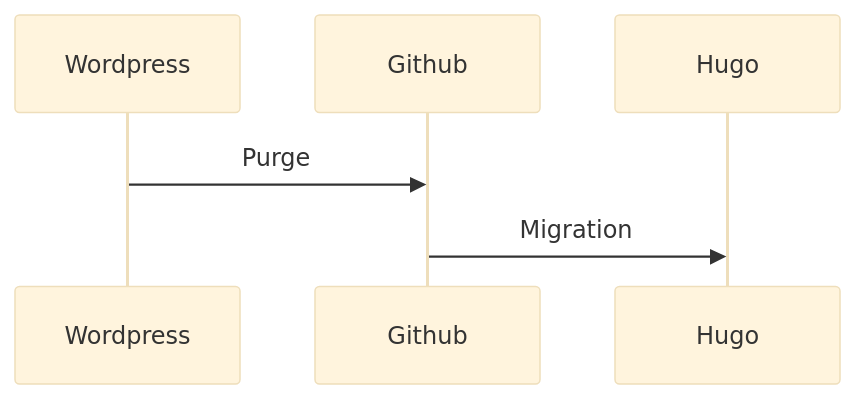
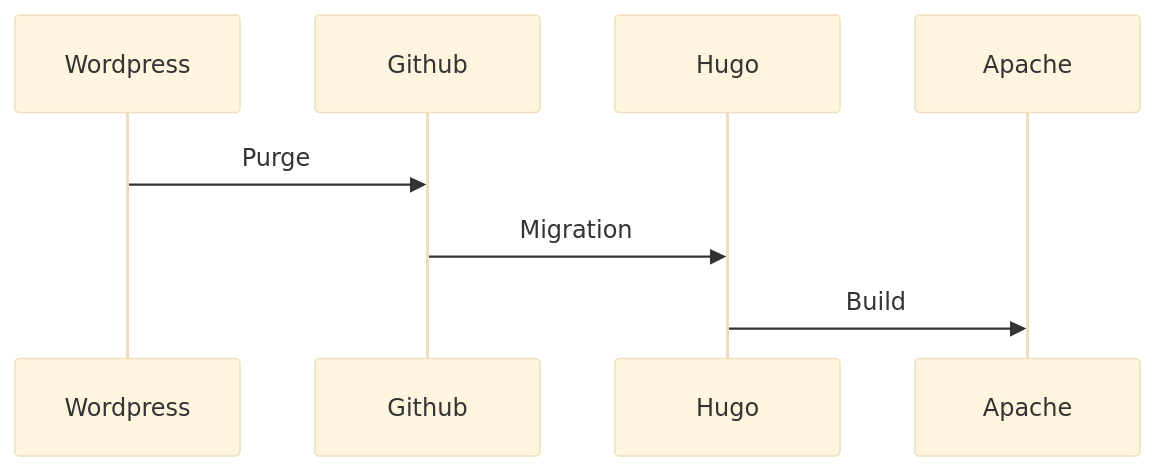
The first of 2 diagrams in README.md (farias06/resume), drawn with Mermaid (base theme) before and after one commit. The commit also changed other lines of this file, not shown here.

````diff
--- a/README.md
+++ b/README.md
@@ -11,8 +11,10 @@
 ```mermaid
 sequenceDiagram
  participant A as Wordpress
  participant B as Github
  participant C as Hugo
+ participant D as Apache
  A->>B: Purge
  B->>C: Migration
+ C->>D: Build
 ```
````
